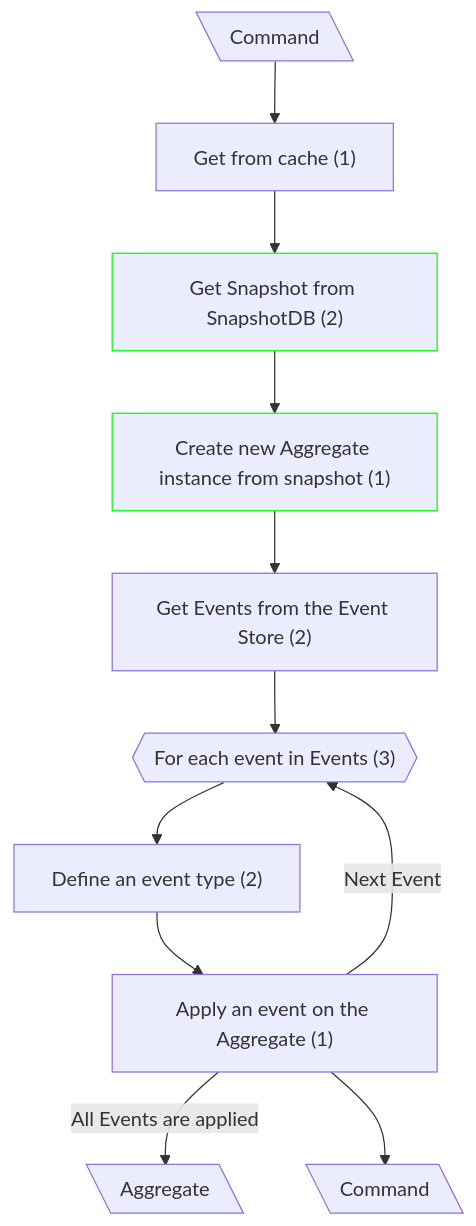
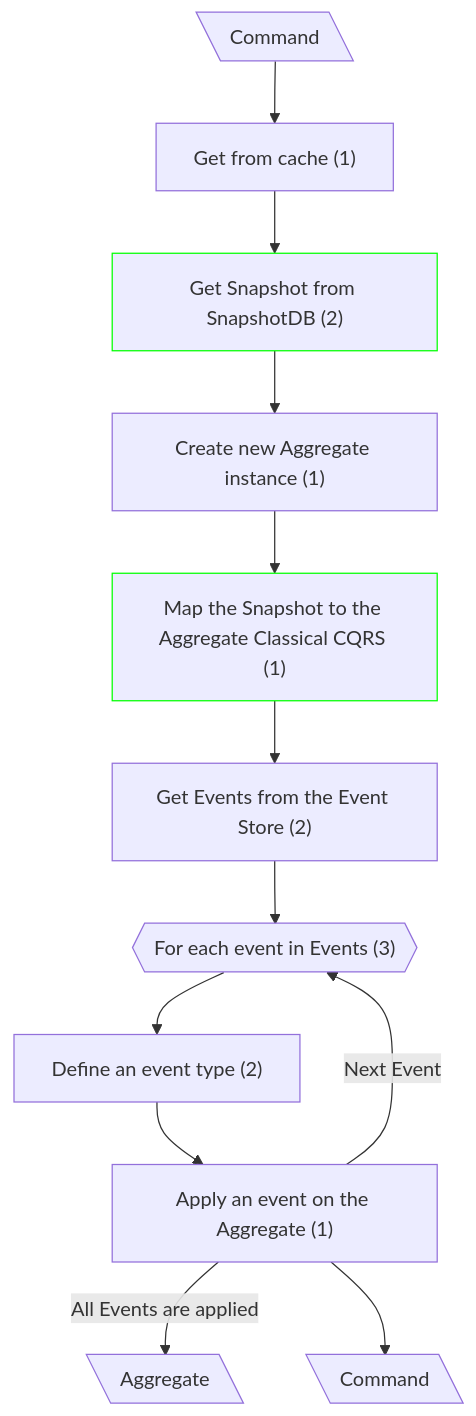
The second of 4 diagrams in docs/CF Complexity/Canonical CQRS -> Classical CQRS/update.md (dmitryhruzin/CQRS-variations-test), drawn with Mermaid before and after one commit. The commit also changed other lines of this file and 5 other files, not shown here.

Commit message:
docs: update classical CQRS update flow

````diff
--- a/docs/CF Complexity/Canonical CQRS -> Classical CQRS/update.md
+++ b/docs/CF Complexity/Canonical CQRS -> Classical CQRS/update.md
@@ -22,15 +22,16 @@
 ```mermaid
 flowchart TD
   classDef mod stroke:#0f0
   A@{ shape: lean-l, label: "Command" }
   A --> B["Get from cache (1)"]
   B --> C["Get Snapshot from SnapshotDB (2)"]:::mod
-  C --> D["Create new Aggregate instance from snapshot (1)"]:::mod
-  D --> E["Get Events from the Event Store (2)"]
+  C --> D["Create new Aggregate instance (1)"]
+  D --> D2["Map the Snapshot to the Aggregate Classical CQRS (1)"]:::mod
+  D2 --> E["Get Events from the Event Store (2)"]
   E --> F{{"For each event in Events (3)"}}
   F --> G["Define an event type (2)"]
   G --> H["Apply an event on the Aggregate (1)"]
   H --"Next Event"--> F
   H --"All Events are applied"--> I@{ shape: lean-l, label: "Aggregate" }
   H --> J@{ shape: lean-l, label: "Command" }
 ```
````
